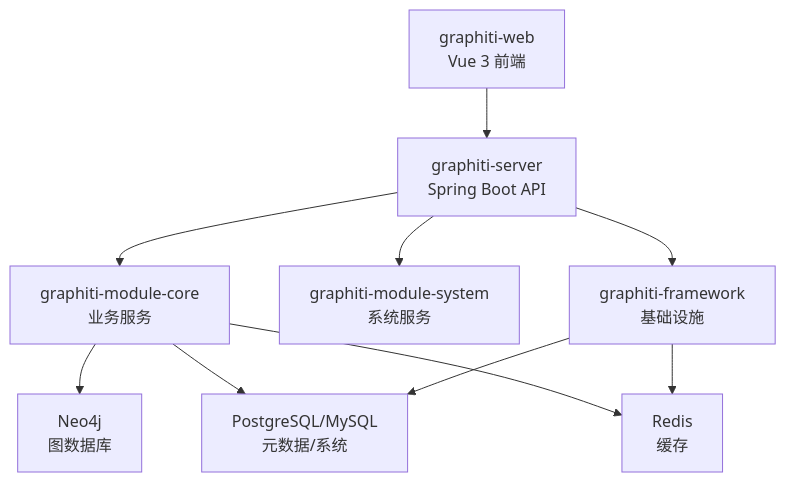
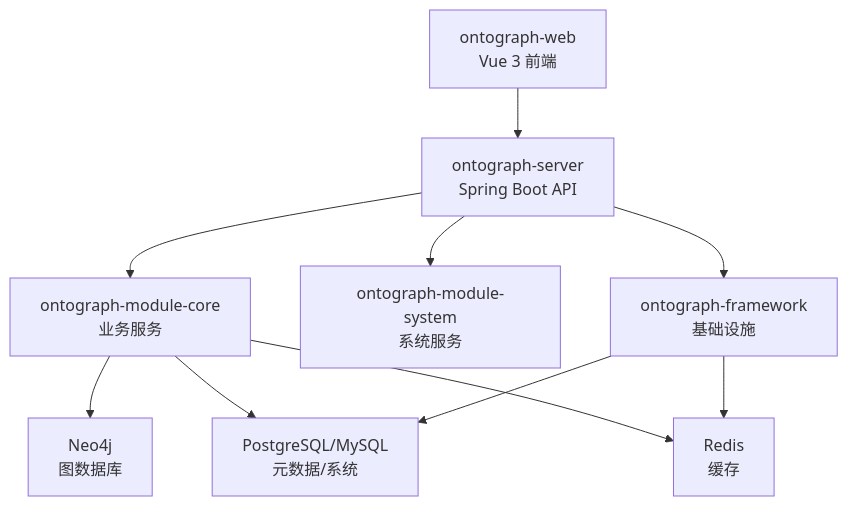
One commit to joezxh/graphiti-java changed the second of 9 diagrams in docs/manual/项目概述/项目介绍.md. Above: the diagram before and after it, drawn with Mermaid. The commit also changed other lines of this file and 200 other files, not shown here.

````diff
--- a/docs/manual/项目概述/项目介绍.md
+++ b/docs/manual/项目概述/项目介绍.md
@@ -149,20 +149,20 @@
 ```mermaid
 graph TB
-FE["graphiti-web<br/>Vue 3 前端"]
-API["graphiti-server<br/>Spring Boot API"]
-CORE["graphiti-module-core<br/>业务服务"]
-SYS["graphiti-module-system<br/>系统服务"]
-FW["graphiti-framework<br/>基础设施"]
+FE["ontograph-web<br/>Vue 3 前端"]
+API["ontograph-server<br/>Spring Boot API"]
+CORE["ontograph-module-core<br/>业务服务"]
+SYS["ontograph-module-system<br/>系统服务"]
+FW["ontograph-framework<br/>基础设施"]
 DB["Neo4j<br/>图数据库"]
 META["PostgreSQL/MySQL<br/>元数据/系统"]
 CACHE["Redis<br/>缓存"]
 FE --> API
 API --> CORE
 API --> SYS
 API --> FW
 CORE --> DB
 CORE --> META
 CORE --> CACHE
 FW --> META
 FW --> CACHE
 ```
````
